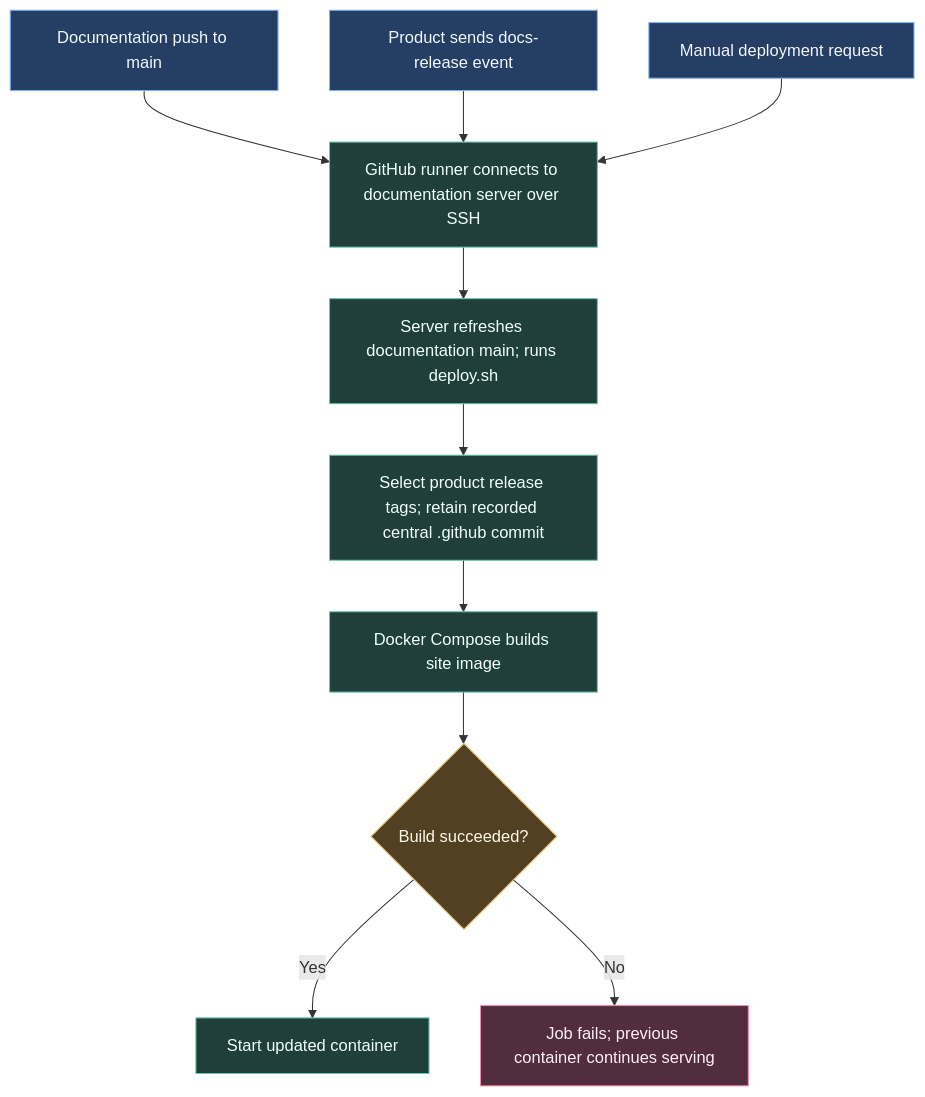
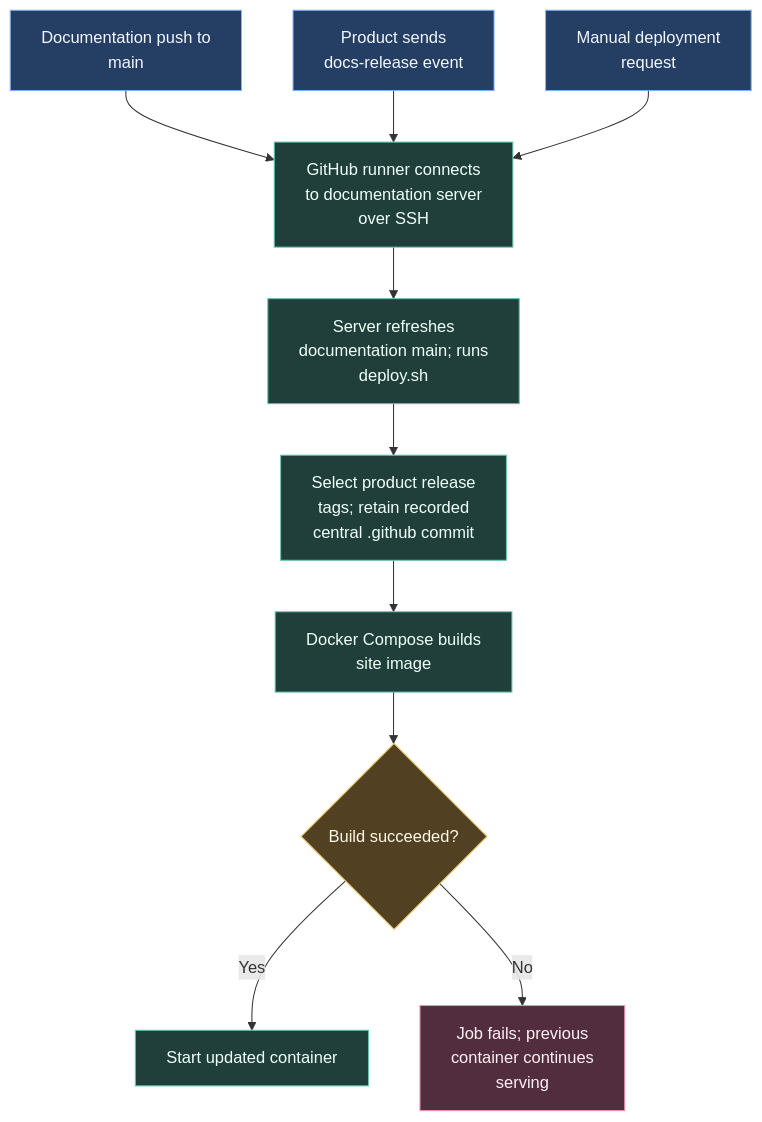
Before and after one commit to ARTTU-Software/.github: the diagram in docs/ci/documentation-deployment.md, drawn with Mermaid. The commit also changed 12 other files, not shown here.

Commit message:
docs: keep diagram labels readable within their nodes

````diff
--- a/docs/ci/documentation-deployment.md
+++ b/docs/ci/documentation-deployment.md
@@ -10,20 +10,20 @@
 ```mermaid
 flowchart TB
-    PUSH["Documentation push to main"] --> SSH["GitHub runner connects to documentation server over SSH"]
-    RELEASE["Product sends docs-release event"] --> SSH
-    MANUAL["Manual deployment request"] --> SSH
-    SSH --> REFRESH["Server refreshes documentation main; runs deploy.sh"]
-    REFRESH --> REVISIONS["Select product release tags; retain recorded central .github commit"]
-    REVISIONS --> BUILD["Docker Compose builds site image"]
+    PUSH["Documentation push to<br/>main"] --> SSH["GitHub runner connects<br/>to documentation server<br/>over SSH"]
+    RELEASE["Product sends<br/>docs-release event"] --> SSH
+    MANUAL["Manual deployment<br/>request"] --> SSH
+    SSH --> REFRESH["Server refreshes<br/>documentation main; runs<br/>deploy.sh"]
+    REFRESH --> REVISIONS["Select product release<br/>tags; retain recorded<br/>central .github commit"]
+    REVISIONS --> BUILD["Docker Compose builds<br/>site image"]
     BUILD --> OK{"Build succeeded?"}
     OK -->|Yes| SERVE["Start updated container"]
-    OK -->|No| FAIL["Job fails; previous container continues serving"]
+    OK -->|No| FAIL["Job fails; previous<br/>container continues<br/>serving"]
     classDef event fill:#253e64,stroke:#82b4ff,color:#f3f7ff
     classDef work fill:#203f3b,stroke:#66c5ae,color:#f0fff9
     classDef check fill:#514122,stroke:#e8bf63,color:#fff8e8
     classDef failure fill:#512d3d,stroke:#ef91ac,color:#fff1f6
     class PUSH,RELEASE,MANUAL event
     class SSH,REFRESH,REVISIONS,BUILD,SERVE work
     class OK check
     class FAIL failure
 ```
````
